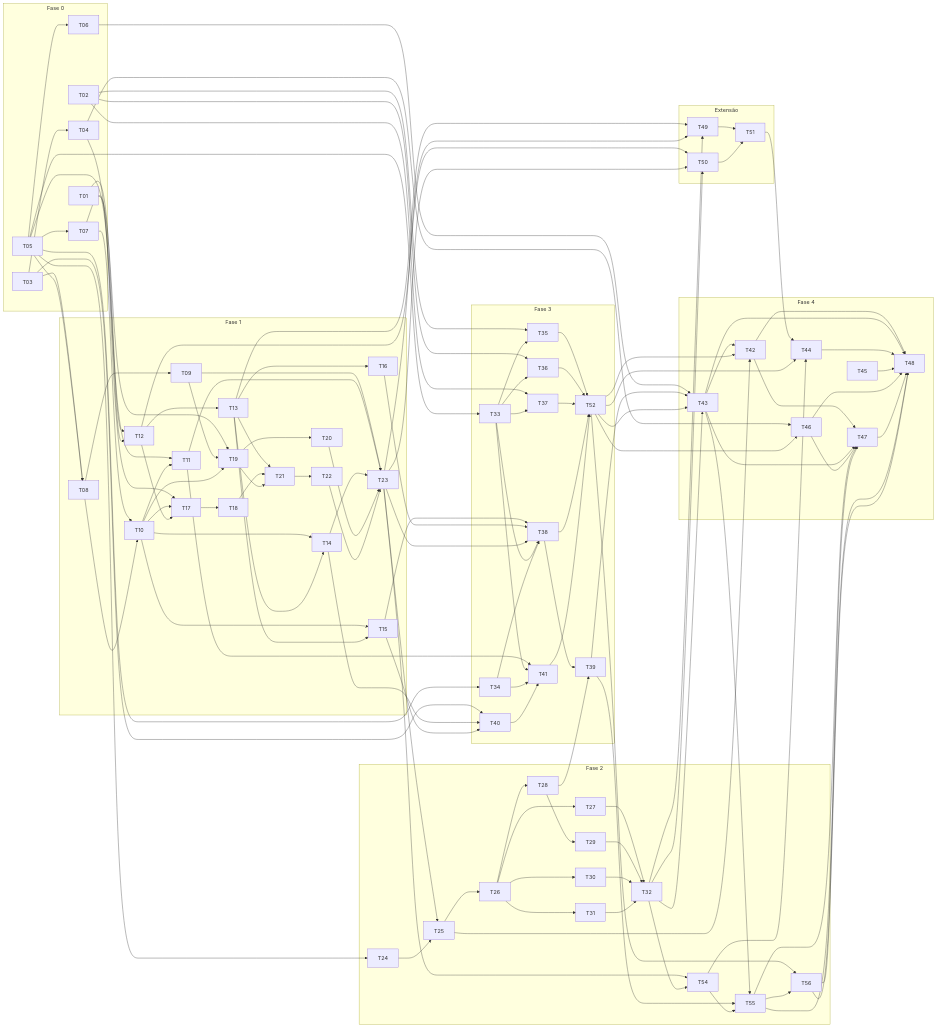
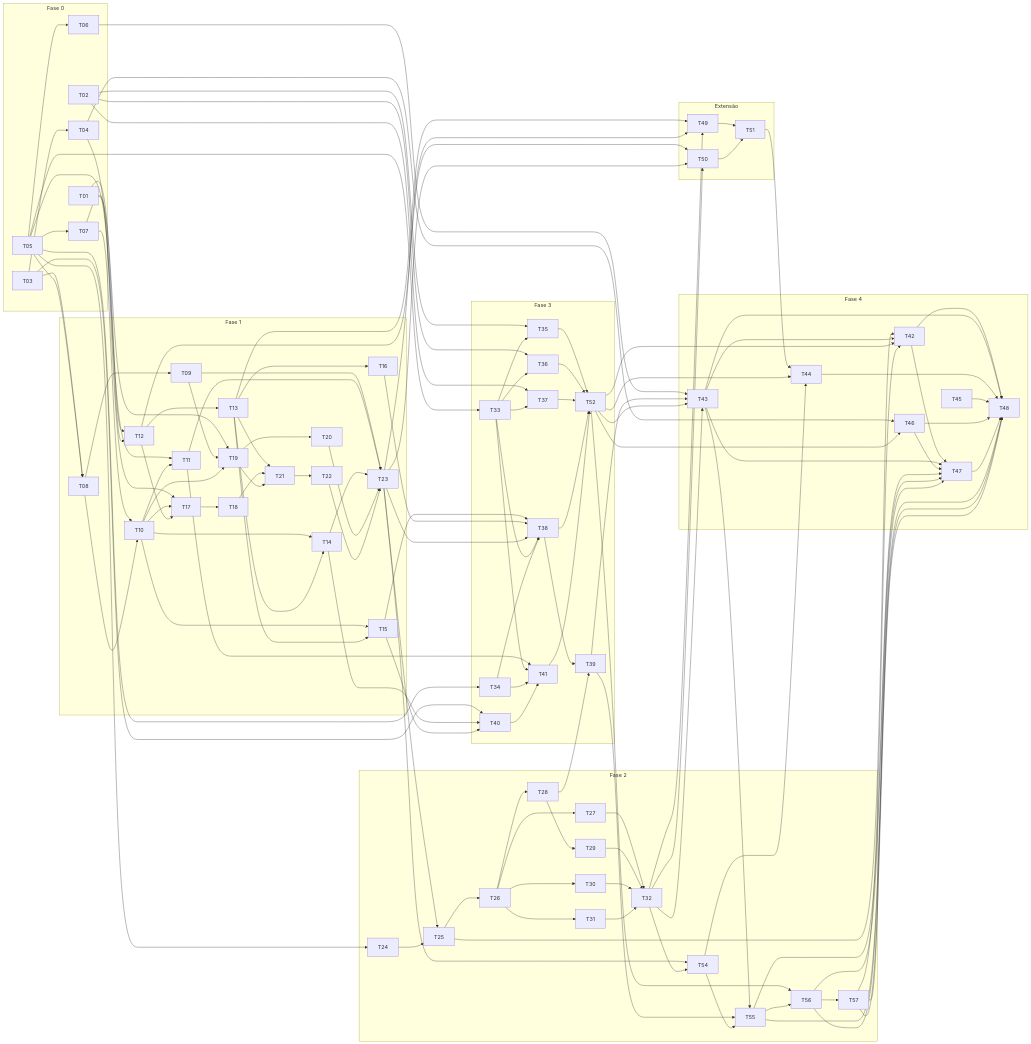
The diagram in .kiro/specs/rastro/dependencias.md (SENAI-IA/iapd-26t1-e01-rastro), drawn with Mermaid before and after one commit. The commit also changed other lines of this file and 13 other files, not shown here.

````diff
--- a/.kiro/specs/rastro/dependencias.md
+++ b/.kiro/specs/rastro/dependencias.md
@@ -78,67 +79,68 @@
 ```mermaid
 flowchart LR
   subgraph F0[Fase 0]
     T01; T02; T03; T04; T05; T06; T07
   end
   subgraph F1[Fase 1]
     T08; T09; T10; T11; T12; T13; T14; T15; T16; T17; T18; T19; T20; T21; T22; T23
   end
   subgraph F2[Fase 2]
-    T24; T25; T26; T27; T28; T29; T30; T31; T32; T54; T55; T56
+    T24; T25; T26; T27; T28; T29; T30; T31; T32; T54; T55; T56; T57
   end
   subgraph F3[Fase 3]
     T33; T34; T35; T36; T37; T38; T39; T40; T41; T52
   end
   subgraph EX[Extensão]
     T49; T50; T51
   end
   subgraph F4[Fase 4]
     T42; T43; T44; T45; T46; T47; T48
   end
 
   T03 --> T04
   T05 --> T06 & T07 & T24 & T33 & T34
   T03 & T05 --> T08
   T01 & T05 --> T12
   T08 --> T09
   T07 & T08 --> T10
   T04 & T10 --> T11
   T12 --> T13
   T10 & T13 --> T14
   T10 & T13 --> T15
   T13 --> T16
   T01 & T10 & T12 --> T17
   T17 --> T18
   T07 & T09 & T10 --> T19
   T19 --> T20
   T13 & T18 & T19 --> T21
   T21 --> T22
   T09 & T11 & T14 & T20 & T22 --> T23
 
   T23 & T24 --> T25
   T25 --> T26
   T26 --> T27 & T28 & T30 & T31
   T28 --> T29
   T27 & T29 & T30 & T31 --> T32
   T23 & T32 --> T54
   T39 & T43 & T54 --> T55
   T52 & T55 --> T56
+  T56 --> T57
 
   T02 & T33 --> T35 & T36 & T37
   T15 & T16 & T23 & T33 & T34 --> T38
   T28 & T38 --> T39
   T03 & T14 & T15 --> T40
   T11 & T33 & T34 & T40 --> T41
   T35 & T36 & T37 & T38 & T41 --> T52
 
   T13 & T23 & T32 --> T49
   T12 & T23 & T32 --> T50
   T49 & T50 --> T51
 
   T06 & T32 & T39 & T52 --> T43
-  T25 & T43 & T52 --> T42
+  T25 & T43 & T52 & T57 --> T42
   T51 & T52 & T54 --> T44
   T04 & T52 --> T46
-  T42 & T43 & T46 & T55 & T56 --> T47
-  T42 & T43 & T44 & T45 & T46 & T47 & T55 & T56 --> T48
+  T42 & T43 & T46 & T55 & T56 & T57 --> T47
+  T42 & T43 & T44 & T45 & T46 & T47 & T55 & T56 & T57 --> T48
 ```
````
